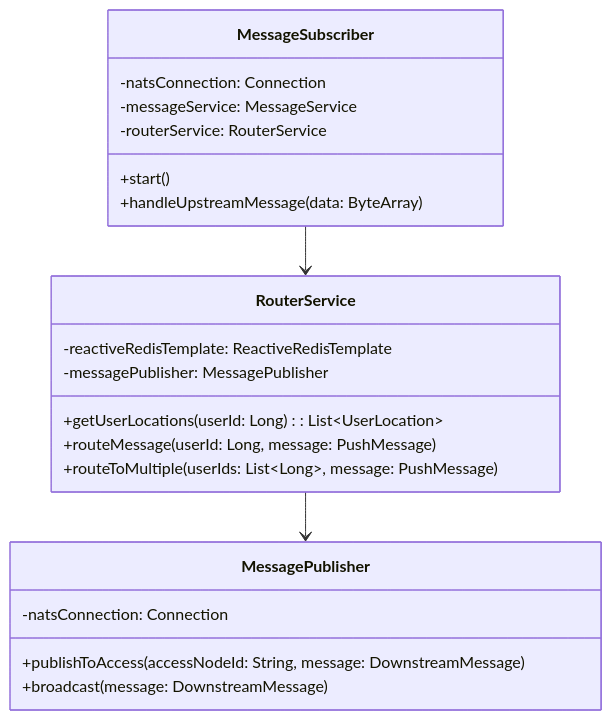
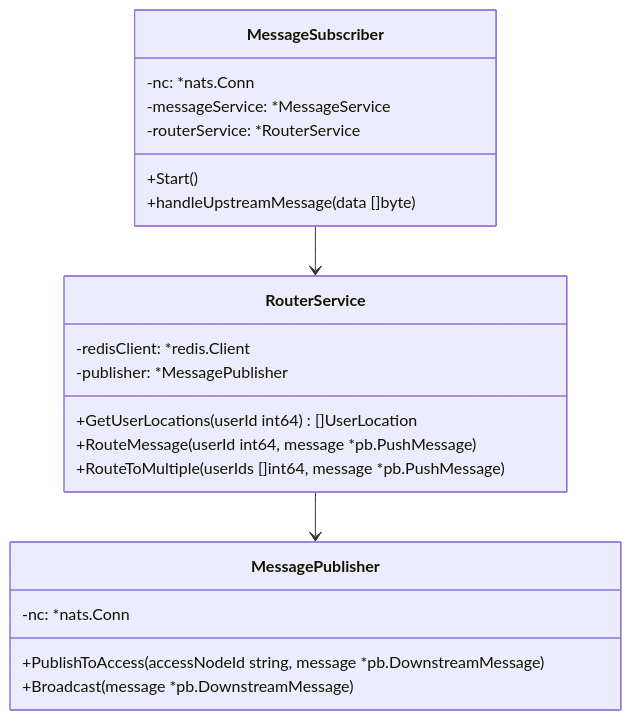
Before and after one commit to zhwillwintheworld/im-go: the third of 8 diagrams in docs/logic-layer-architecture.md, drawn with Mermaid. The commit also changed other lines of this file and 87 other files, not shown here.

````diff
--- a/docs/logic-layer-architecture.md
+++ b/docs/logic-layer-architecture.md
@@ -158,27 +154,27 @@
 ```mermaid
 classDiagram
     class MessageSubscriber {
-        -natsConnection: Connection
-        -messageService: MessageService
-        -routerService: RouterService
-        +start()
-        +handleUpstreamMessage(data: ByteArray)
+        -nc: *nats.Conn
+        -messageService: *MessageService
+        -routerService: *RouterService
+        +Start()
+        +handleUpstreamMessage(data []byte)
     }
 
     class MessagePublisher {
-        -natsConnection: Connection
-        +publishToAccess(accessNodeId: String, message: DownstreamMessage)
-        +broadcast(message: DownstreamMessage)
+        -nc: *nats.Conn
+        +PublishToAccess(accessNodeId string, message *pb.DownstreamMessage)
+        +Broadcast(message *pb.DownstreamMessage)
     }
 
     class RouterService {
-        -reactiveRedisTemplate: ReactiveRedisTemplate
-        -messagePublisher: MessagePublisher
-        +getUserLocations(userId: Long): List~UserLocation~
-        +routeMessage(userId: Long, message: PushMessage)
-        +routeToMultiple(userIds: List~Long~, message: PushMessage)
+        -redisClient: *redis.Client
+        -publisher: *MessagePublisher
+        +GetUserLocations(userId int64) []UserLocation
+        +RouteMessage(userId int64, message *pb.PushMessage)
+        +RouteToMultiple(userIds []int64, message *pb.PushMessage)
     }
 
     MessageSubscriber --> RouterService
     RouterService --> MessagePublisher
 ```
````
